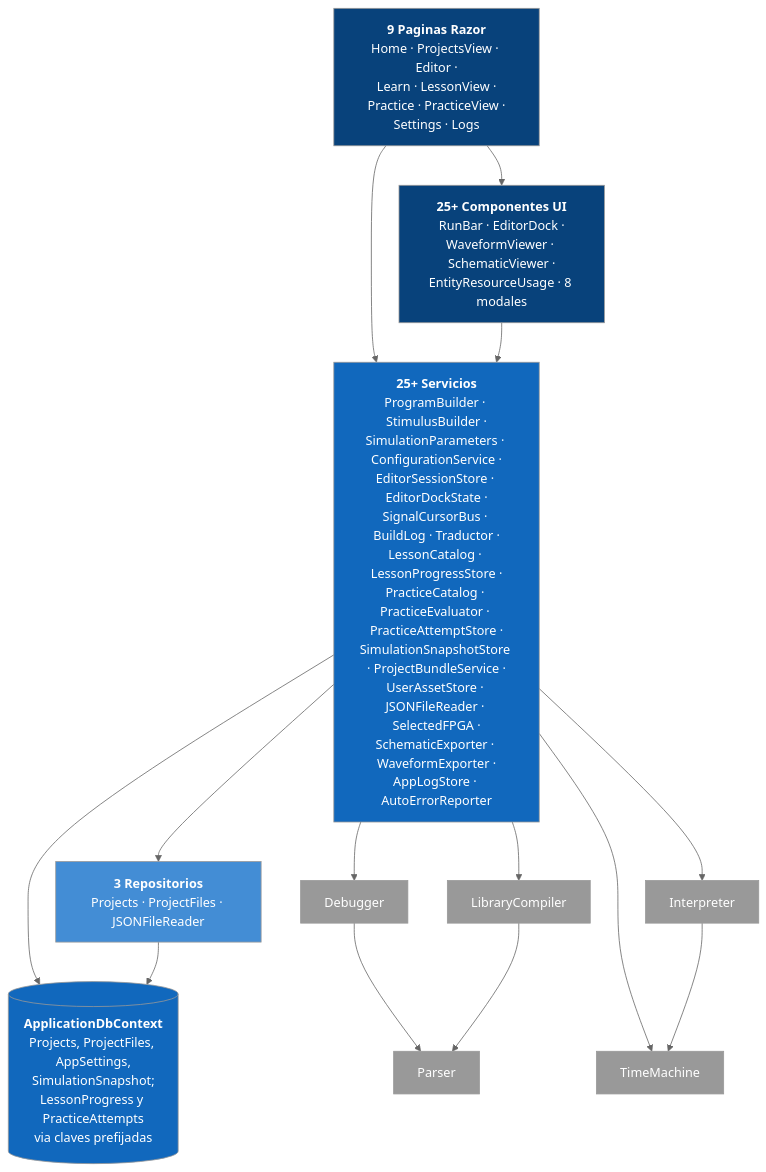
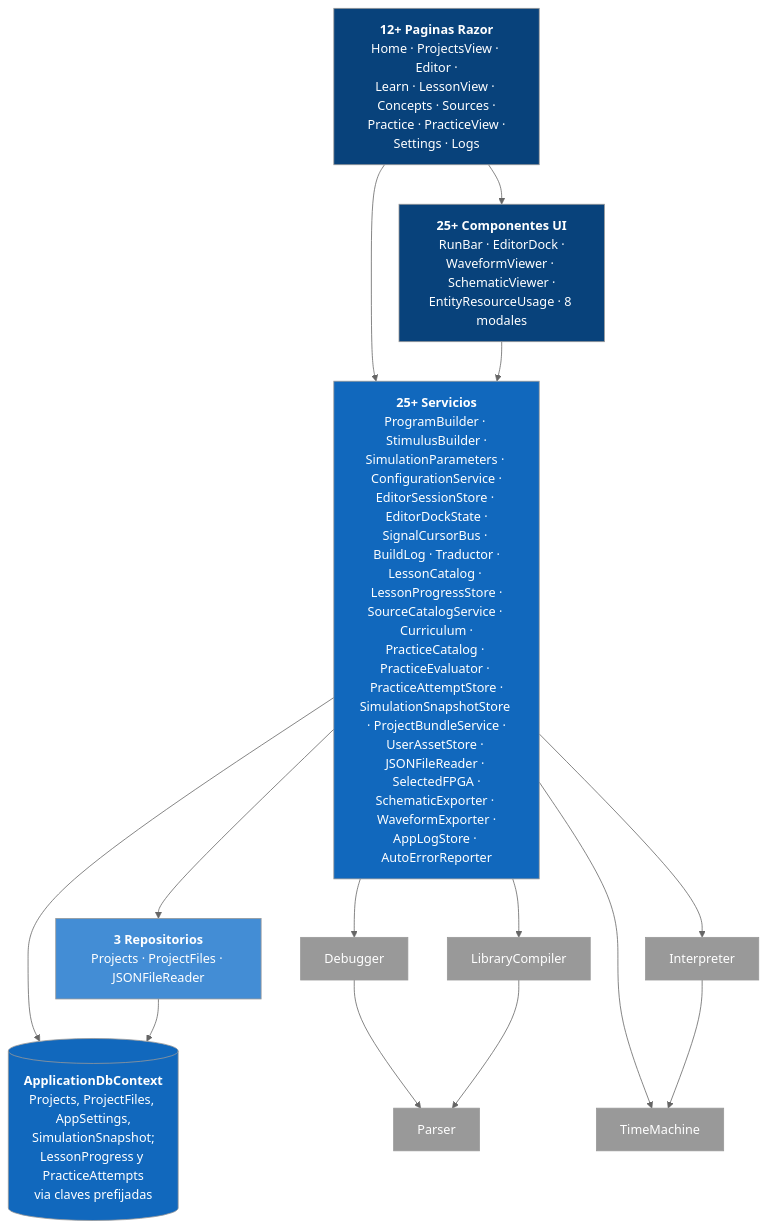
Before and after one commit to Kmila9s/Kmila: diagram 14 of 19 in README.md, drawn with Mermaid (neutral theme). The commit also changed other lines of this file and 2 other files, not shown here.

First line of the commit message:
docs: sync README/diagrams + Learn.razor comment to Data Sources & asignatura grouping

````diff
--- a/README.md
+++ b/README.md
@@ -2096,33 +2109,33 @@
 ```mermaid
 graph TB
     classDef layerPage fill:#08427B,color:#fff
     classDef layerService fill:#1168BD,color:#fff
     classDef layerRepo fill:#438DD5,color:#fff
     classDef external fill:#999,color:#fff
 
-    paginas["<b>9 Paginas Razor</b><br/>Home · ProjectsView · Editor ·<br/>Learn · LessonView ·<br/>Practice · PracticeView ·<br/>Settings · Logs"]:::layerPage
+    paginas["<b>12+ Paginas Razor</b><br/>Home · ProjectsView · Editor ·<br/>Learn · LessonView · Concepts · Sources ·<br/>Practice · PracticeView ·<br/>Settings · Logs"]:::layerPage
     componentes["<b>25+ Componentes UI</b><br/>RunBar · EditorDock ·<br/>WaveformViewer · SchematicViewer ·<br/>EntityResourceUsage · 8 modales"]:::layerPage
-    servicios["<b>25+ Servicios</b><br/>ProgramBuilder · StimulusBuilder ·<br/>SimulationParameters · ConfigurationService ·<br/>EditorSessionStore · EditorDockState ·<br/>SignalCursorBus · BuildLog · Traductor ·<br/>LessonCatalog · LessonProgressStore ·<br/>PracticeCatalog · PracticeEvaluator · PracticeAttemptStore ·<br/>SimulationSnapshotStore · ProjectBundleService ·<br/>UserAssetStore · JSONFileReader · SelectedFPGA ·<br/>SchematicExporter · WaveformExporter ·<br/>AppLogStore · AutoErrorReporter"]:::layerService
+    servicios["<b>25+ Servicios</b><br/>ProgramBuilder · StimulusBuilder ·<br/>SimulationParameters · ConfigurationService ·<br/>EditorSessionStore · EditorDockState ·<br/>SignalCursorBus · BuildLog · Traductor ·<br/>LessonCatalog · LessonProgressStore ·<br/>SourceCatalogService · Curriculum ·<br/>PracticeCatalog · PracticeEvaluator · PracticeAttemptStore ·<br/>SimulationSnapshotStore · ProjectBundleService ·<br/>UserAssetStore · JSONFileReader · SelectedFPGA ·<br/>SchematicExporter · WaveformExporter ·<br/>AppLogStore · AutoErrorReporter"]:::layerService
     repos["<b>3 Repositorios</b><br/>Projects · ProjectFiles · JSONFileReader"]:::layerRepo
     db[("<b>ApplicationDbContext</b><br/>Projects, ProjectFiles, AppSettings,<br/>SimulationSnapshot;<br/>LessonProgress y PracticeAttempts<br/>via claves prefijadas")]:::layerService
 
     debugger["Debugger"]:::external
     parser["Parser"]:::external
     libcomp["LibraryCompiler"]:::external
     interpreter["Interpreter"]:::external
     tm["TimeMachine"]:::external
 
     paginas --> componentes
     paginas --> servicios
     componentes --> servicios
     servicios --> db
     servicios --> repos
     servicios --> debugger
     debugger --> parser
     servicios --> libcomp
     libcomp --> parser
     servicios --> interpreter
     servicios --> tm
     interpreter --> tm
     repos --> db
 ```
````
